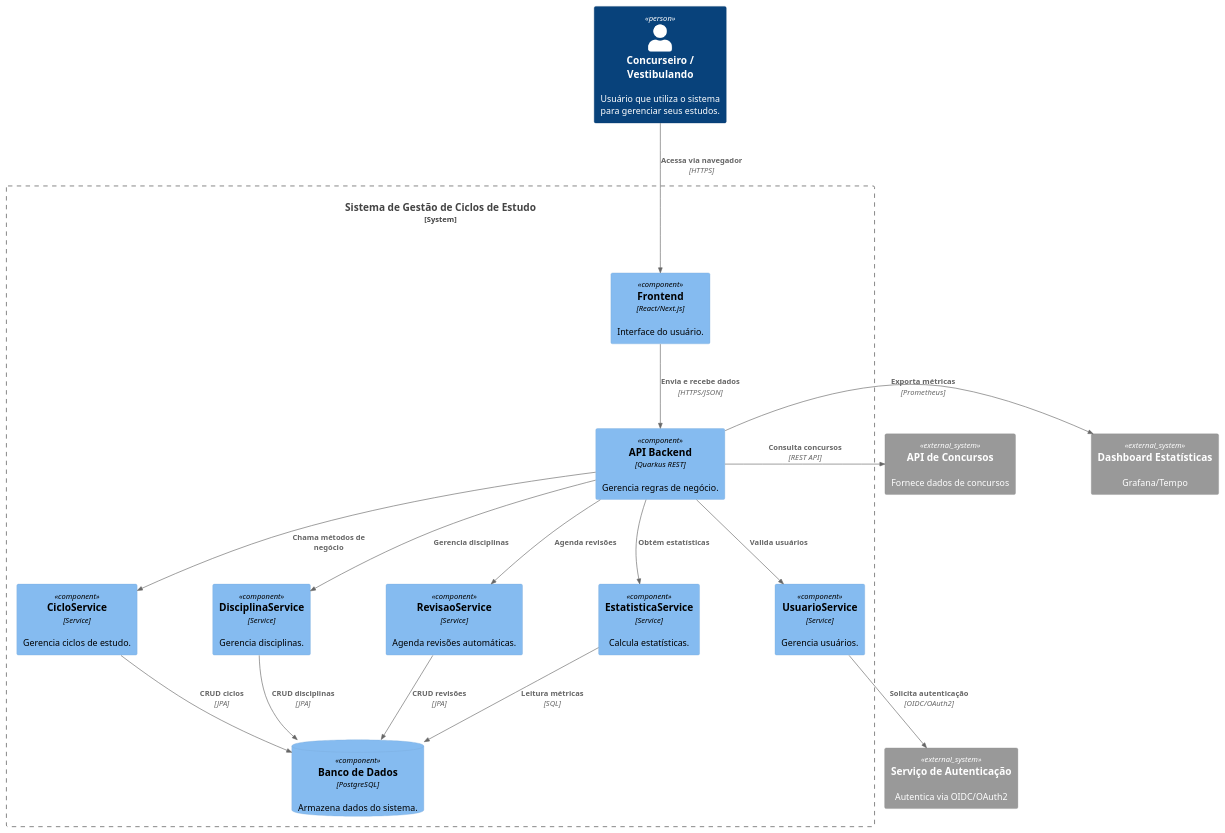
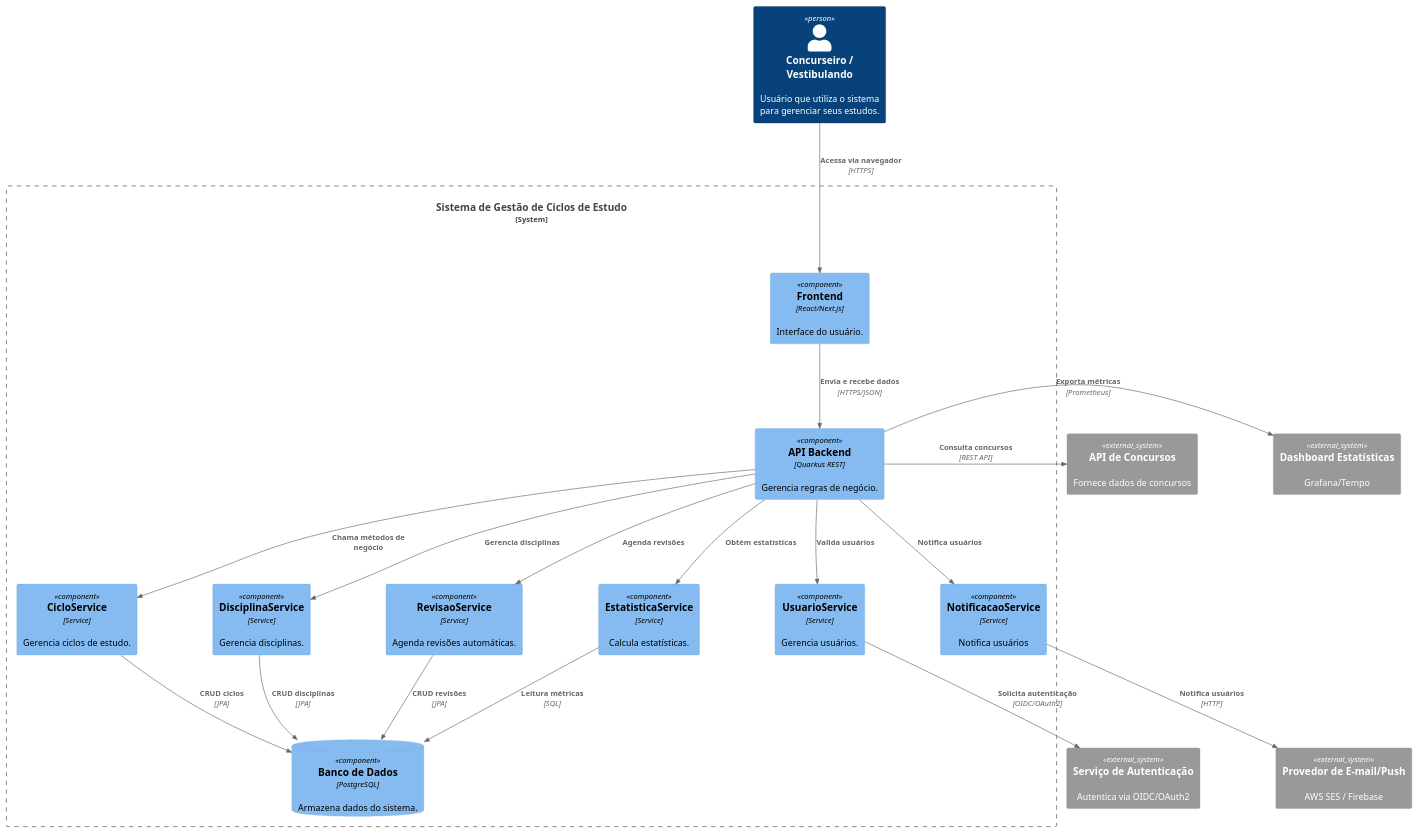
One commit to MarcosVSO/projeto_design_de_software changed the diagram in 4-Diagrama de Componentes/diagrama_componentes.puml. Above: the diagram before and after it, drawn with PlantUML.

Commit message:
Adiciona o NotificacaoService

```diff
--- a/4-Diagrama de Componentes/diagrama_componentes.puml
+++ b/4-Diagrama de Componentes/diagrama_componentes.puml
@@ -1,63 +1,72 @@
 @startuml
 !include https://raw.githubusercontent.com/plantuml-stdlib/C4-PlantUML/master/C4_Component.puml
 
 ' Configurações para melhorar legibilidade
 LAYOUT_TOP_DOWN()
 
 ' Aumentar espaçamento entre elementos
 skinparam ranksep 100
 skinparam nodesep 120
 
 Person(user, "Concurseiro / Vestibulando", "Usuário que utiliza o sistema para gerenciar seus estudos.")
 
 System_Boundary(s1, "Sistema de Gestão de Ciclos de Estudo") {
 
   Component(frontend, "Frontend", "React/Next.js", "Interface do usuário.")
   
   Component(api, "API Backend", "Quarkus REST", "Gerencia regras de negócio.")
 
   ' Services organizados verticalmente
   Component(cicloService, "CicloService", "Service", "Gerencia ciclos de estudo.")
   
   Component(disciplinaService, "DisciplinaService", "Service", "Gerencia disciplinas.")
   
   Component(revisaoService, "RevisaoService", "Service", "Agenda revisões automáticas.")
   
   Component(usuarioService, "UsuarioService", "Service", "Gerencia usuários.")
   
   Component(estatisticaService, "EstatisticaService", "Service", "Calcula estatísticas.")
 
+  Component(notificacaoService, "NotificacaoService", "Service", "Notifica usuários")
+
   ComponentDb(db, "Banco de Dados", "PostgreSQL", "Armazena dados do sistema.")
 
   ' Relacionamentos internos
   Rel_Down(frontend, api, "Envia e recebe dados", "HTTPS/JSON")
   
   Rel_Down(api, cicloService, "Chama métodos de negócio")
   Rel_Down(api, disciplinaService, "Gerencia disciplinas")
   Rel_Down(api, revisaoService, "Agenda revisões")
   Rel_Down(api, estatisticaService, "Obtém estatísticas")
   Rel_Down(api, usuarioService, "Valida usuários")
+  Rel_Down(api, notificacaoService, "Notifica usuários")
   
   Rel(cicloService, db, "CRUD ciclos", "JPA")
   Rel(disciplinaService, db, "CRUD disciplinas", "JPA")
   Rel(revisaoService, db, "CRUD revisões", "JPA")
   Rel(estatisticaService, db, "Leitura métricas", "SQL")
 }
 
 ' Sistemas externos
 System_Ext(auth, "Serviço de Autenticação", "Autentica via OIDC/OAuth2")
 
 System_Ext(apiConcursos, "API de Concursos", "Fornece dados de concursos")
 
 System_Ext(grafana, "Dashboard Estatísticas", "Grafana/Tempo")
 
+System_Ext(provedorNotificacao, "Provedor de E-mail/Push", "AWS SES / Firebase")
+
 ' Relacionamentos externos
 Rel_Down(user, frontend, "Acessa via navegador", "HTTPS")
 
 Rel_Down(usuarioService, auth, "Solicita autenticação", "OIDC/OAuth2")
 
+Rel_Down(notificacaoService, provedorNotificacao, "Notifica usuários", "HTTP")
+
 Rel_Right(api, apiConcursos, "Consulta concursos", "REST API")
 
 Rel_Right(api, grafana, "Exporta métricas", "Prometheus")
 
+
+
 @enduml
```
